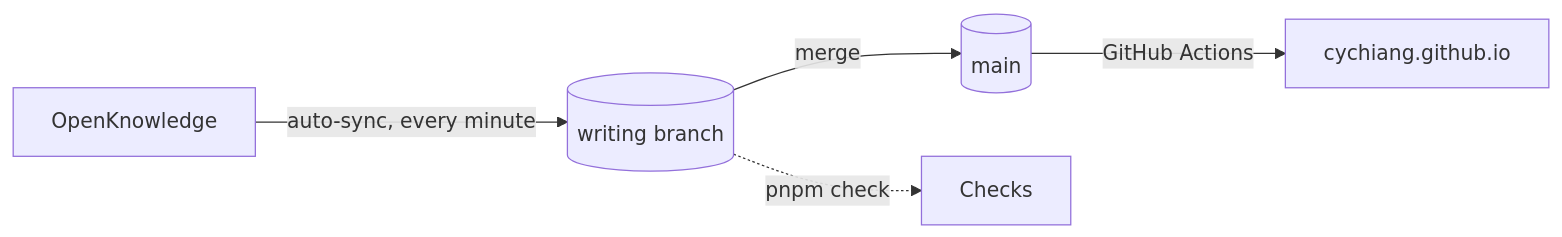
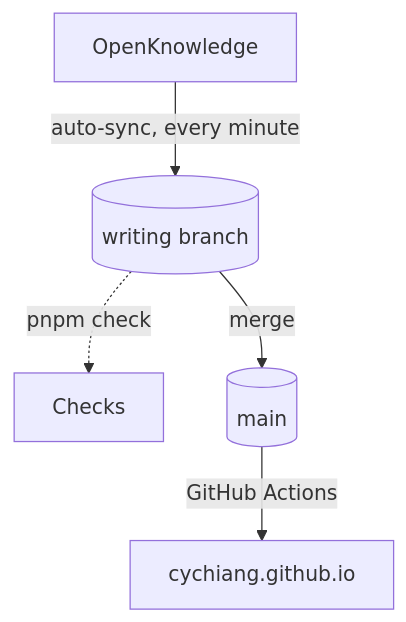
The diagram in posts/2026-how-this-site-is-published.md (cychiang/cychiang.github.io), drawn with Mermaid before and after one commit.

Commit message:
Auto-save: Updated posts/2026-how-this-site-is-published.md

````diff
--- a/posts/2026-how-this-site-is-published.md
+++ b/posts/2026-how-this-site-is-published.md
@@ -15,7 +15,7 @@
 ```mermaid
-flowchart LR
+flowchart TD
   ok[OpenKnowledge]:::focus -- "auto-sync, every minute" --> writing[(writing branch)]:::store
+  writing -. "pnpm check" .-> ci[Checks]
   writing -- "merge" --> main[(main)]:::store
   main -- "GitHub Actions" --> site[cychiang.github.io]:::ok
-  writing -. "pnpm check" .-> ci[Checks]
 ```
````
